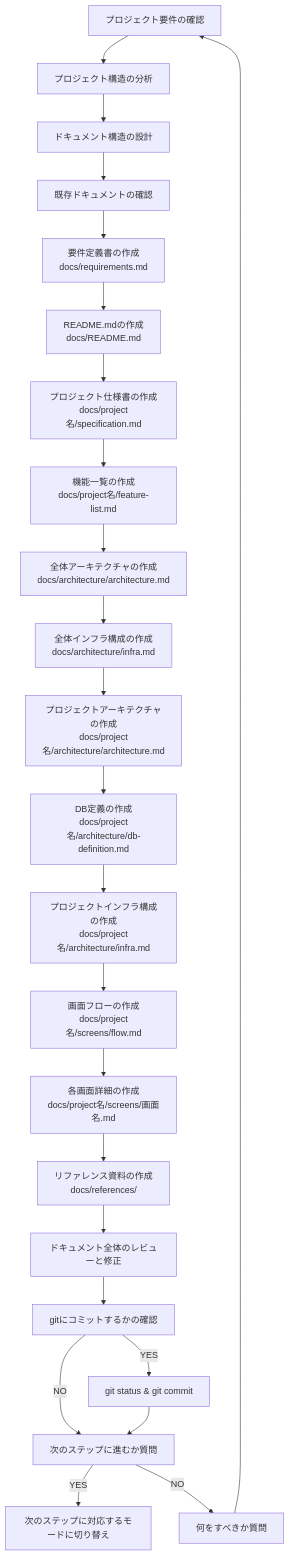
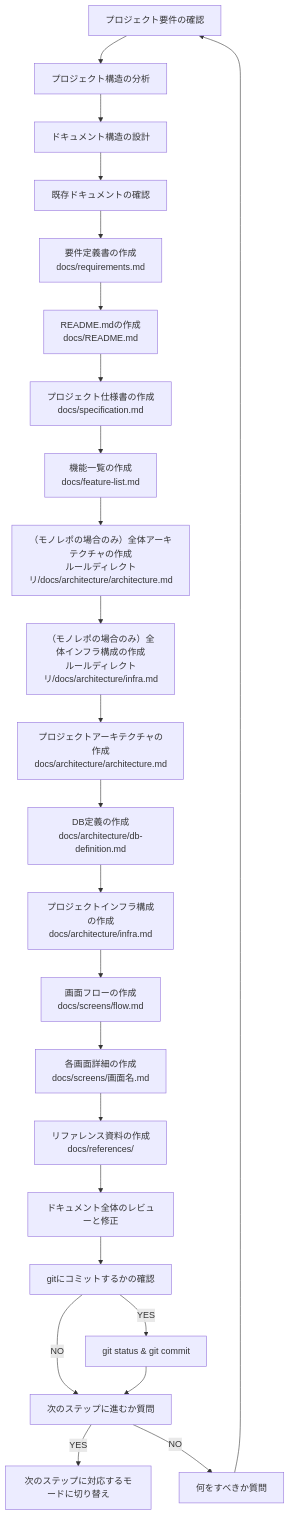
One commit to asamuzak09/roo-code-rules changed the diagram in .roo/rules-create-docs/01-workflow.md. Above: the diagram before and after it, drawn with Mermaid. The commit also changed other lines of this file and 12 other files, not shown here.

````diff
--- a/.roo/rules-create-docs/01-workflow.md
+++ b/.roo/rules-create-docs/01-workflow.md
@@ -12,40 +15,40 @@
 ```mermaid
 flowchart TD
     A[プロジェクト要件の確認] --> B[プロジェクト構造の分析]
     B --> C[ドキュメント構造の設計]
 
     %% 既存ドキュメントの確認
     C --> D0[既存ドキュメントの確認]
 
     %% ドキュメント作成フロー
     D0 --> D1[要件定義書の作成<br>docs/requirements.md]
     D1 --> D2[README.mdの作成<br>docs/README.md]
 
-    %% プロジェクト固有ドキュメント
-    D2 --> E1["プロジェクト仕様書の作成<br>docs/project名/specification.md"]
-    E1 --> E2["機能一覧の作成<br>docs/project名/feature-list.md"]
+    %% 仕様書・機能一覧
+    D2 --> E1["プロジェクト仕様書の作成<br>docs/specification.md"]
+    E1 --> E2["機能一覧の作成<br>docs/feature-list.md"]
 
     %% アーキテクチャドキュメント
-    E2 --> F1[全体アーキテクチャの作成<br>docs/architecture/architecture.md]
-    F1 --> F2[全体インフラ構成の作成<br>docs/architecture/infra.md]
-    F2 --> F3["プロジェクトアーキテクチャの作成<br>docs/project名/architecture/architecture.md"]
-    F3 --> F4["DB定義の作成<br>docs/project名/architecture/db-definition.md"]
-    F4 --> F5["プロジェクトインフラ構成の作成<br>docs/project名/architecture/infra.md"]
+    E2 --> F1[（モノレポの場合のみ）全体アーキテクチャの作成<br>ルールディレクトリ/docs/architecture/architecture.md]
+    F1 --> F2[（モノレポの場合のみ）全体インフラ構成の作成<br>ルールディレクトリ/docs/architecture/infra.md]
+    F2 --> F3["プロジェクトアーキテクチャの作成<br>docs/architecture/architecture.md"]
+    F3 --> F4["DB定義の作成<br>docs/architecture/db-definition.md"]
+    F4 --> F5["プロジェクトインフラ構成の作成<br>docs/architecture/infra.md"]
 
     %% 画面設計ドキュメント
-    F5 --> G1["画面フローの作成<br>docs/project名/screens/flow.md"]
-    G1 --> G2["各画面詳細の作成<br>docs/project名/screens/画面名.md"]
+    F5 --> G1["画面フローの作成<br>docs/screens/flow.md"]
+    G1 --> G2["各画面詳細の作成<br>docs/screens/画面名.md"]
 
     %% リファレンスと最終確認
     G2 --> H1[リファレンス資料の作成<br>docs/references/]
     H1 --> I[ドキュメント全体のレビューと修正]
 
     %% 完了処理
     I --> J[gitにコミットするかの確認]
     J --> |YES| K[git status & git commit]
     J --> |NO| L[次のステップに進むか質問]
     K --> L
     L --> |YES| M[次のステップに対応するモードに切り替え]
     L --> |NO| N[何をすべきか質問]
     N --> A
 ```
````
